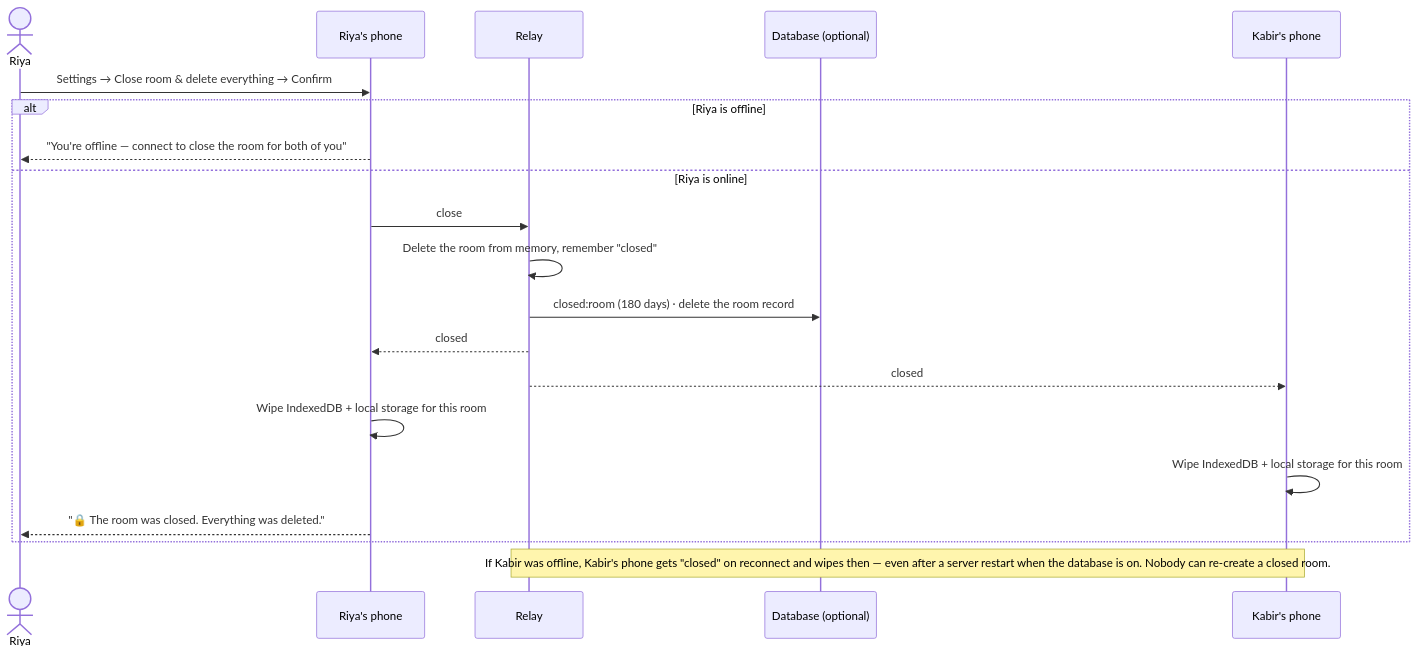
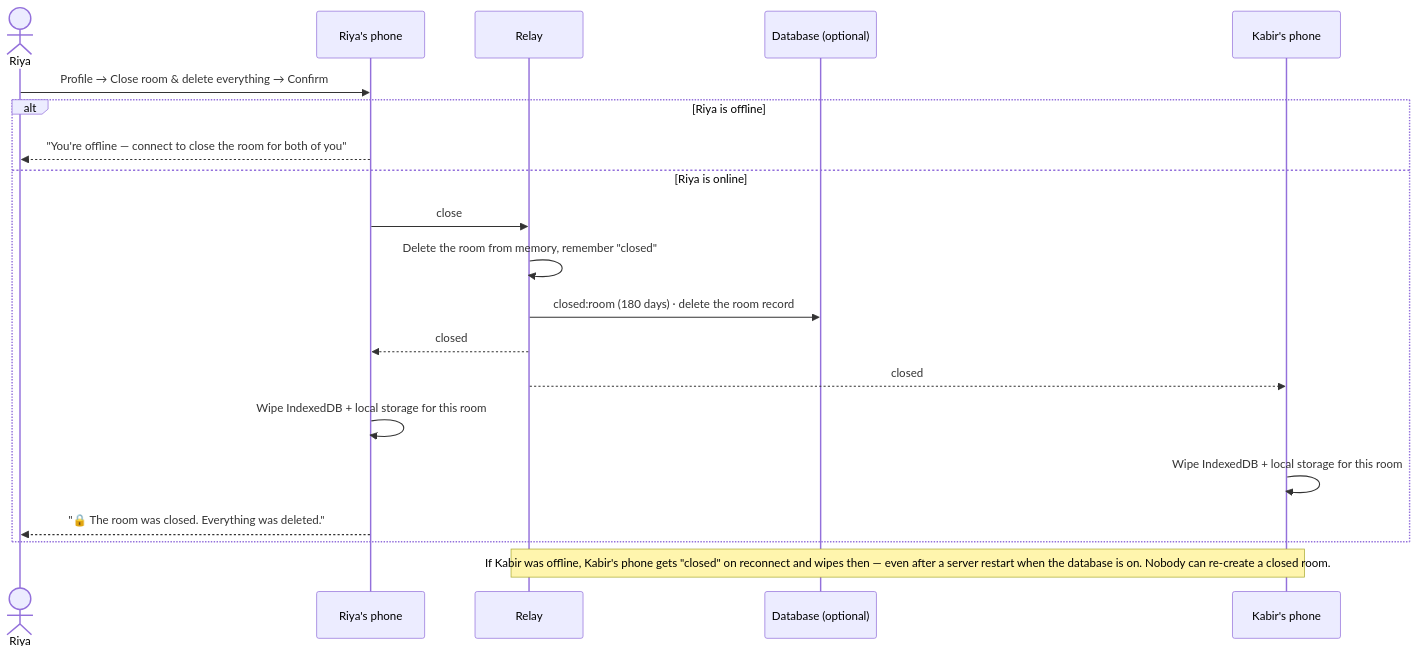
Before and after one commit to silent-coder-dev/private-space: diagram 25 of 34 in front-end/doc/04-flowcharts.md, drawn with Mermaid. The commit also changed other lines of this file and 56 other files, not shown here.

````diff
--- a/front-end/doc/04-flowcharts.md
+++ b/front-end/doc/04-flowcharts.md
@@ -551,22 +564,22 @@
 ```mermaid
 sequenceDiagram
     actor Riya
     participant A as Riya's phone
     participant S as Relay
     participant DB as Database (optional)
     participant B as Kabir's phone
-    Riya->>A: Settings → Close room & delete everything → Confirm
+    Riya->>A: Profile → Close room & delete everything → Confirm
     alt Riya is offline
         A-->>Riya: "You're offline — connect to close the room for both of you"
     else Riya is online
         A->>S: close
         S->>S: Delete the room from memory, remember "closed"
         S->>DB: closed:room (180 days) · delete the room record
         S-->>A: closed
         S-->>B: closed
         A->>A: Wipe IndexedDB + local storage for this room
         B->>B: Wipe IndexedDB + local storage for this room
         A-->>Riya: "🔒 The room was closed. Everything was deleted."
     end
     Note over S,B: If Kabir was offline, Kabir's phone gets "closed" on reconnect and wipes then — even after a server restart when the database is on. Nobody can re-create a closed room.
 ```
````
